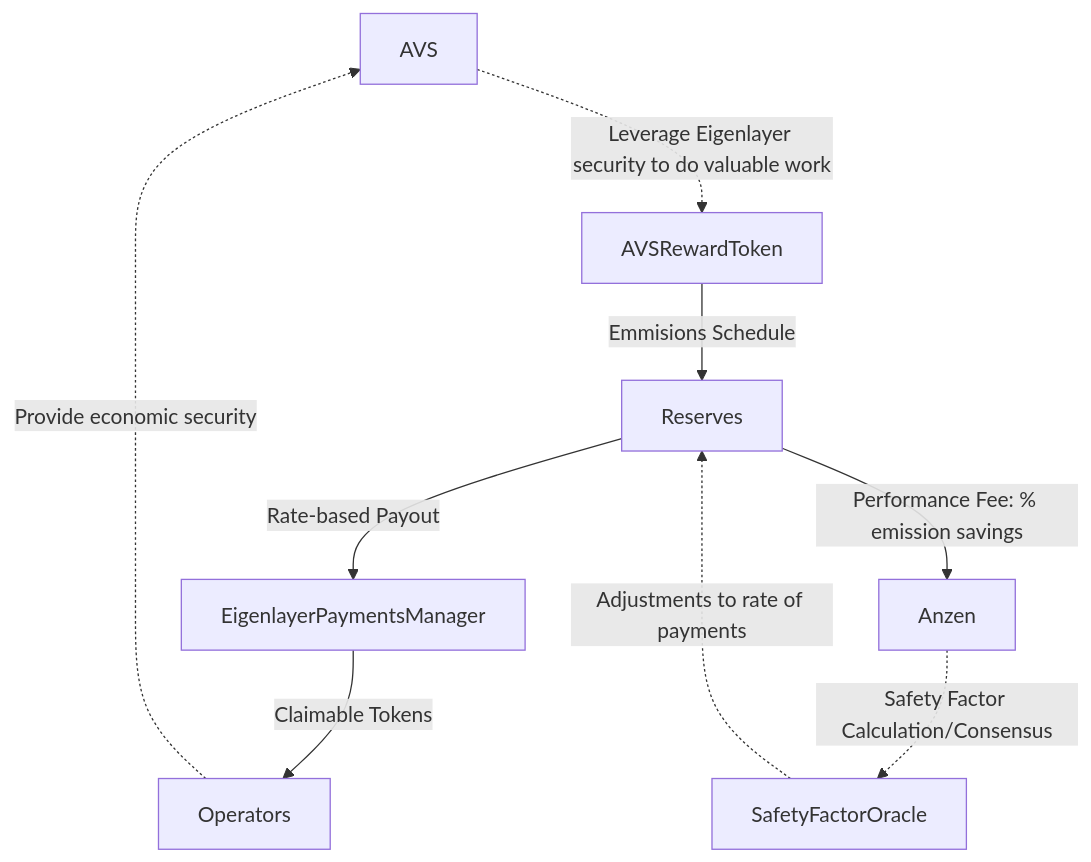
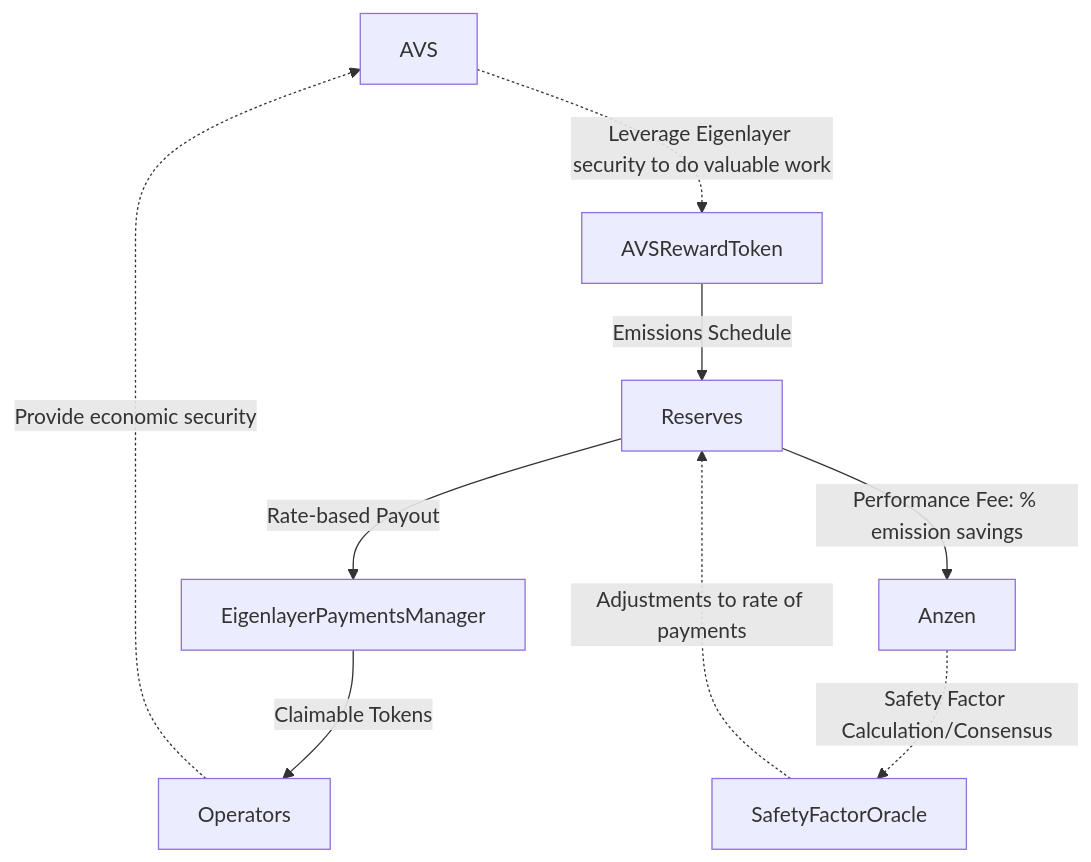
The diagram in README.md (Hydrogen-Labs/anzen-contracts), drawn with Mermaid before and after one commit.

Commit message:
Fix typo in README.md

````diff
--- a/README.md
+++ b/README.md
@@ -20,11 +20,11 @@
 ```mermaid
 graph TD;
 AVS-.->|Leverage Eigenlayer security to do valuable work| AVSRewardToken;
-AVSRewardToken-->|Emmisions Schedule| Reserves;
+AVSRewardToken-->|Emissions Schedule| Reserves;
 Reserves-->|Rate-based Payout| EigenlayerPaymentsManager;
 EigenlayerPaymentsManager-->|Claimable Tokens|Operators;
 SafetyFactorOracle-.->|Adjustments to rate of payments|Reserves
 Anzen-.->|Safety Factor Calculation/Consensus|SafetyFactorOracle;
 Reserves-->|Performance Fee: % emission savings|Anzen;
 Operators-.->|Provide economic security|AVS;
 ```
````
